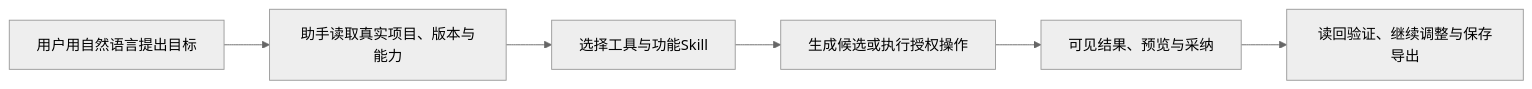
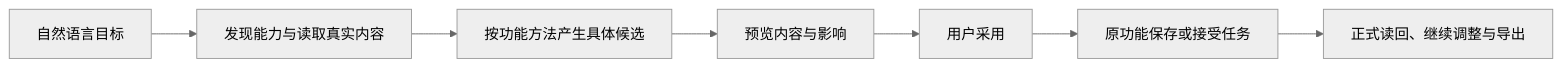
One commit to zzyong24/Thirdspace-creator changed the diagram in docs/features/t1074-ai-system-operations.md. Above: the diagram before and after it, drawn with Mermaid (neutral theme). The commit also changed other lines of this file and 116 other files, not shown here.

````diff
--- a/docs/features/t1074-ai-system-operations.md
+++ b/docs/features/t1074-ai-system-operations.md
@@ -7,8 +11,9 @@
 ```mermaid
 flowchart LR
- A[用户用自然语言提出目标] --> B[助手读取真实项目、版本与能力]
- B --> C[选择工具与功能Skill]
- C --> D[生成候选或执行授权操作]
- D --> E[可见结果、预览与采纳]
- E --> F[读回验证、继续调整与保存导出]
+ A[自然语言目标] --> B[发现能力与读取真实内容]
+ B --> C[按功能方法产生具体候选]
+ C --> D[预览内容与影响]
+ D --> E[用户采用]
+ E --> F[原功能保存或接受任务]
+ F --> G[正式读回、继续调整与导出]
 ```
````
